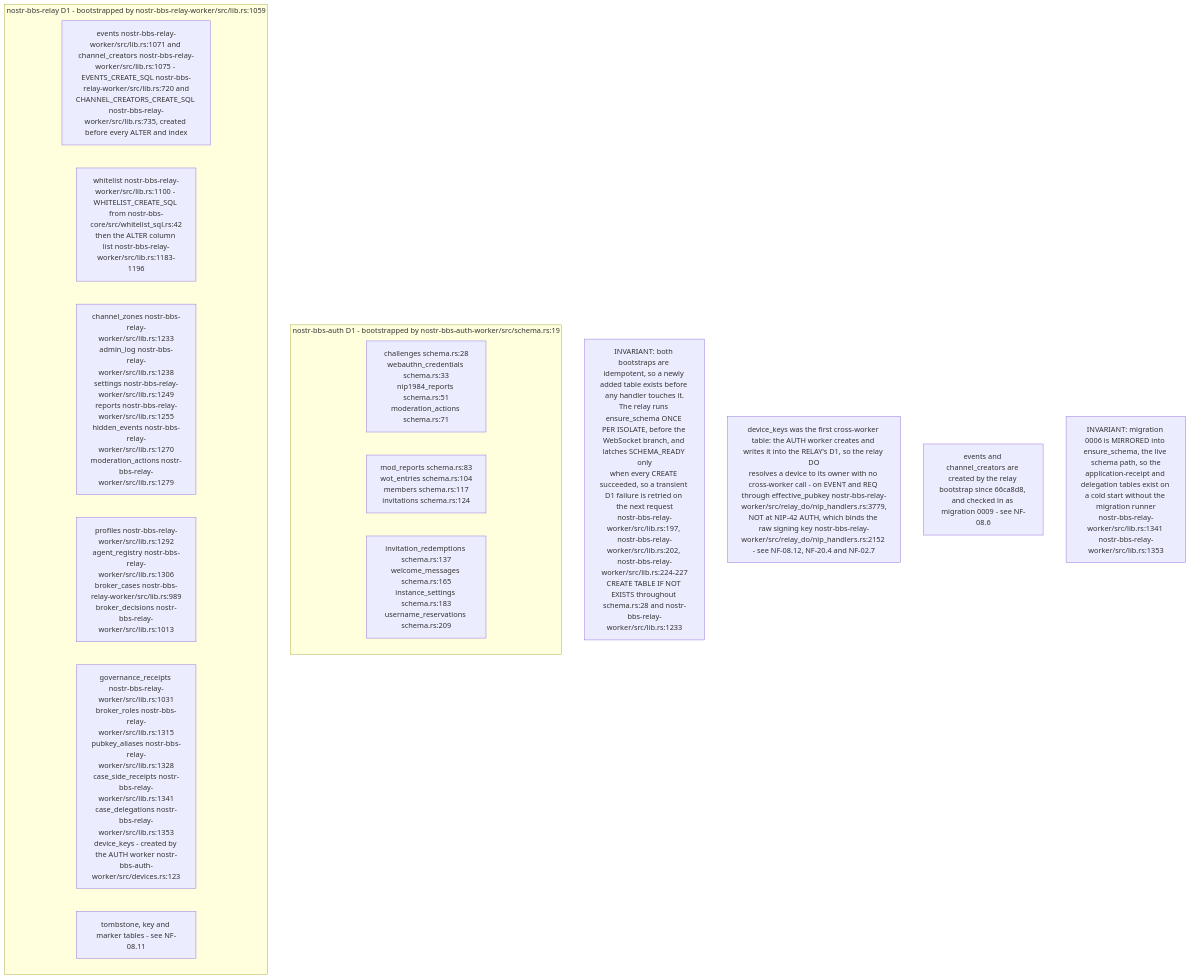
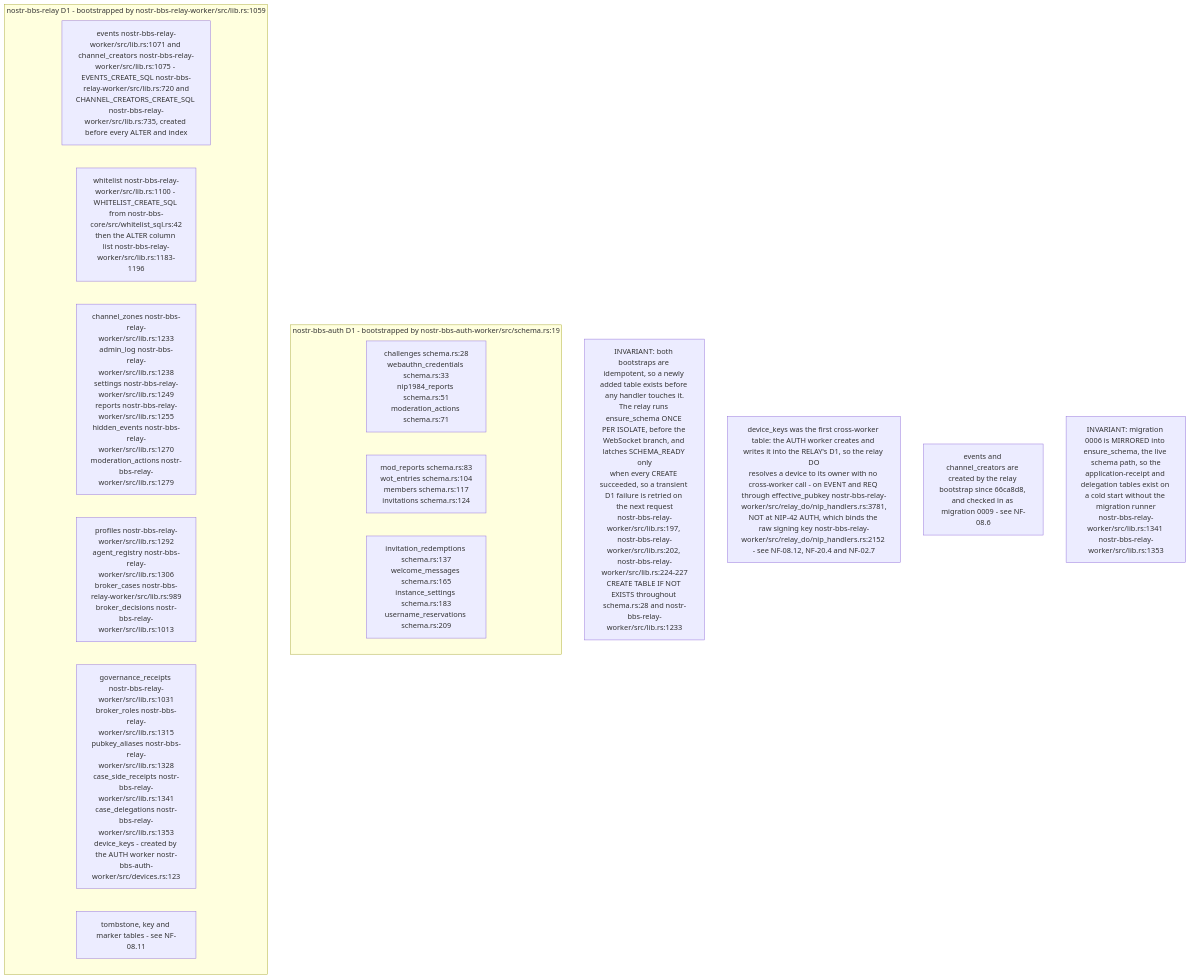
One commit to DreamLab-AI/VisionFlow changed the fifth of 13 diagrams in docs/diagrams/nostr-rust-forum/08-config-zones-stores-and-admin-authority.md. Above: the diagram before and after it, drawn with Mermaid. The commit also changed other lines of this file and 11 other files, not shown here.

````diff
--- a/docs/diagrams/nostr-rust-forum/08-config-zones-stores-and-admin-authority.md
+++ b/docs/diagrams/nostr-rust-forum/08-config-zones-stores-and-admin-authority.md
@@ -200,21 +201,21 @@
 ```mermaid
 flowchart TB
     subgraph authd1["nostr-bbs-auth D1 - bootstrapped by nostr-bbs-auth-worker/src/schema.rs:19"]
         A1["challenges schema.rs:28<br/>webauthn_credentials schema.rs:33<br/>nip1984_reports schema.rs:51<br/>moderation_actions schema.rs:71"]
         A2["mod_reports schema.rs:83<br/>wot_entries schema.rs:104<br/>members schema.rs:117<br/>invitations schema.rs:124"]
         A3["invitation_redemptions schema.rs:137<br/>welcome_messages schema.rs:165<br/>instance_settings schema.rs:183<br/>username_reservations schema.rs:209"]
     end
     subgraph relayd1["nostr-bbs-relay D1 - bootstrapped by nostr-bbs-relay-worker/src/lib.rs:1059"]
         RE["events nostr-bbs-relay-worker/src/lib.rs:1071 and channel_creators nostr-bbs-relay-worker/src/lib.rs:1075 - EVENTS_CREATE_SQL nostr-bbs-relay-worker/src/lib.rs:720 and<br/>CHANNEL_CREATORS_CREATE_SQL nostr-bbs-relay-worker/src/lib.rs:735, created before every ALTER and index"]
         R0["whitelist nostr-bbs-relay-worker/src/lib.rs:1100 - WHITELIST_CREATE_SQL from nostr-bbs-core/src/whitelist_sql.rs:42<br/>then the ALTER column list nostr-bbs-relay-worker/src/lib.rs:1183-1196"]
         R1["channel_zones nostr-bbs-relay-worker/src/lib.rs:1233<br/>admin_log nostr-bbs-relay-worker/src/lib.rs:1238<br/>settings nostr-bbs-relay-worker/src/lib.rs:1249<br/>reports nostr-bbs-relay-worker/src/lib.rs:1255<br/>hidden_events nostr-bbs-relay-worker/src/lib.rs:1270<br/>moderation_actions nostr-bbs-relay-worker/src/lib.rs:1279"]
         R2["profiles nostr-bbs-relay-worker/src/lib.rs:1292<br/>agent_registry nostr-bbs-relay-worker/src/lib.rs:1306<br/>broker_cases nostr-bbs-relay-worker/src/lib.rs:989<br/>broker_decisions nostr-bbs-relay-worker/src/lib.rs:1013"]
         R3["governance_receipts nostr-bbs-relay-worker/src/lib.rs:1031<br/>broker_roles nostr-bbs-relay-worker/src/lib.rs:1315<br/>pubkey_aliases nostr-bbs-relay-worker/src/lib.rs:1328<br/>case_side_receipts nostr-bbs-relay-worker/src/lib.rs:1341<br/>case_delegations nostr-bbs-relay-worker/src/lib.rs:1353<br/>device_keys - created by the AUTH worker nostr-bbs-auth-worker/src/devices.rs:123"]
         R4["tombstone, key and marker tables - see NF-08.11"]
     end
 
     N1["INVARIANT: both bootstraps are idempotent, so a newly added table exists before any handler touches it.<br/>The relay runs ensure_schema ONCE PER ISOLATE, before the WebSocket branch, and latches SCHEMA_READY only<br/>when every CREATE succeeded, so a transient D1 failure is retried on the next request<br/>nostr-bbs-relay-worker/src/lib.rs:197, nostr-bbs-relay-worker/src/lib.rs:202, nostr-bbs-relay-worker/src/lib.rs:224-227<br/>CREATE TABLE IF NOT EXISTS throughout schema.rs:28 and nostr-bbs-relay-worker/src/lib.rs:1233"]
-    N2["device_keys was the first cross-worker table: the AUTH worker creates and writes it into the RELAY's D1, so the relay DO<br/>resolves a device to its owner with no cross-worker call - on EVENT and REQ through effective_pubkey nostr-bbs-relay-worker/src/relay_do/nip_handlers.rs:3779,<br/>NOT at NIP-42 AUTH, which binds the raw signing key nostr-bbs-relay-worker/src/relay_do/nip_handlers.rs:2152 - see NF-08.12, NF-20.4 and NF-02.7"]
+    N2["device_keys was the first cross-worker table: the AUTH worker creates and writes it into the RELAY's D1, so the relay DO<br/>resolves a device to its owner with no cross-worker call - on EVENT and REQ through effective_pubkey nostr-bbs-relay-worker/src/relay_do/nip_handlers.rs:3781,<br/>NOT at NIP-42 AUTH, which binds the raw signing key nostr-bbs-relay-worker/src/relay_do/nip_handlers.rs:2152 - see NF-08.12, NF-20.4 and NF-02.7"]
     N3["events and channel_creators are created by the relay bootstrap since 66ca8d8, and checked in as migration 0009 - see NF-08.6"]
     N4["INVARIANT: migration 0006 is MIRRORED into ensure_schema, the live schema path, so the<br/>application-receipt and delegation tables exist on a cold start without the migration runner<br/>nostr-bbs-relay-worker/src/lib.rs:1341 nostr-bbs-relay-worker/src/lib.rs:1353"]
 ```
````
